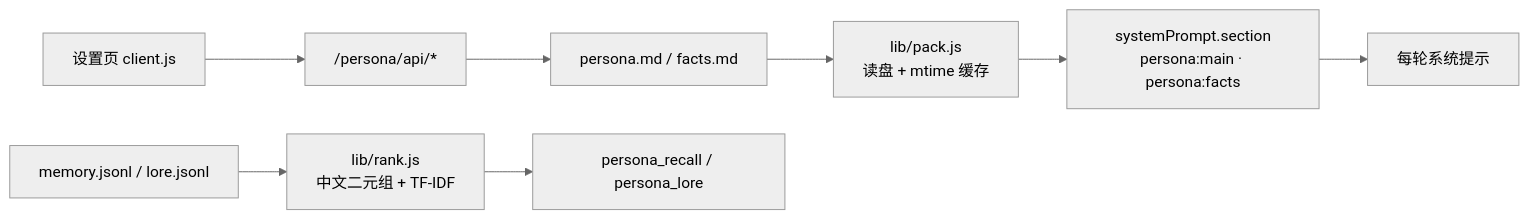
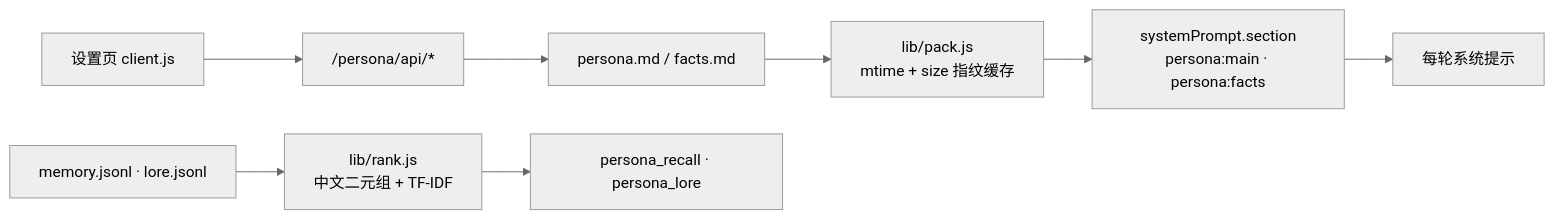
Before and after one commit to AkiraNyx/dsh-luminyx: the diagram in README.md, drawn with Mermaid (neutral theme). The commit also changed other lines of this file and 1 other file, not shown here.

````diff
--- a/README.md
+++ b/README.md
@@ -146,10 +150,10 @@
 ```mermaid
 flowchart LR
-  P["persona.md / facts.md"] --> L["lib/pack.js<br/>读盘 + mtime 缓存"]
-  L --> S["systemPrompt.section<br/>persona:main · persona:facts"]
+  F["persona.md / facts.md"] --> P["lib/pack.js<br/>mtime + size 指纹缓存"]
+  P --> S["systemPrompt.section<br/>persona:main · persona:facts"]
   S --> T["每轮系统提示"]
-  M["memory.jsonl / lore.jsonl"] --> R["lib/rank.js<br/>中文二元组 + TF-IDF"]
-  R --> K["persona_recall / persona_lore"]
+  M["memory.jsonl · lore.jsonl"] --> R["lib/rank.js<br/>中文二元组 + TF-IDF"]
+  R --> K["persona_recall · persona_lore"]
   U["设置页 client.js"] --> A["/persona/api/*"]
-  A --> P
+  A --> F
 ```
````
